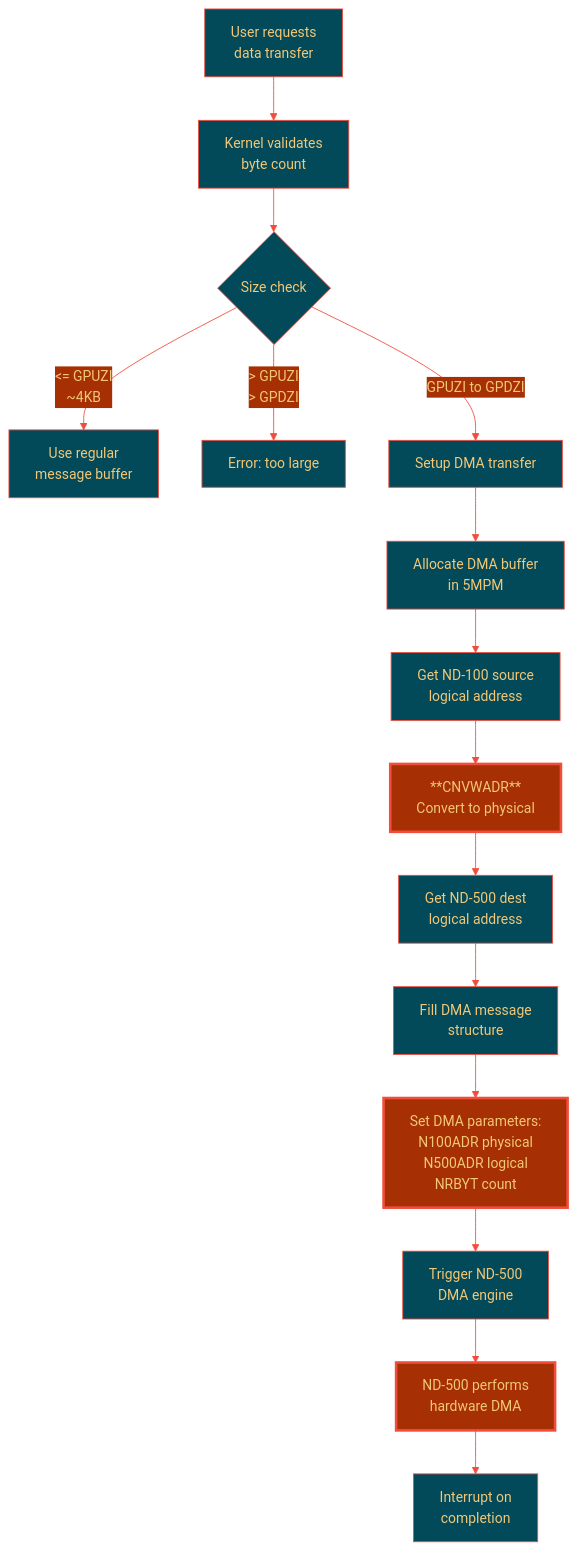
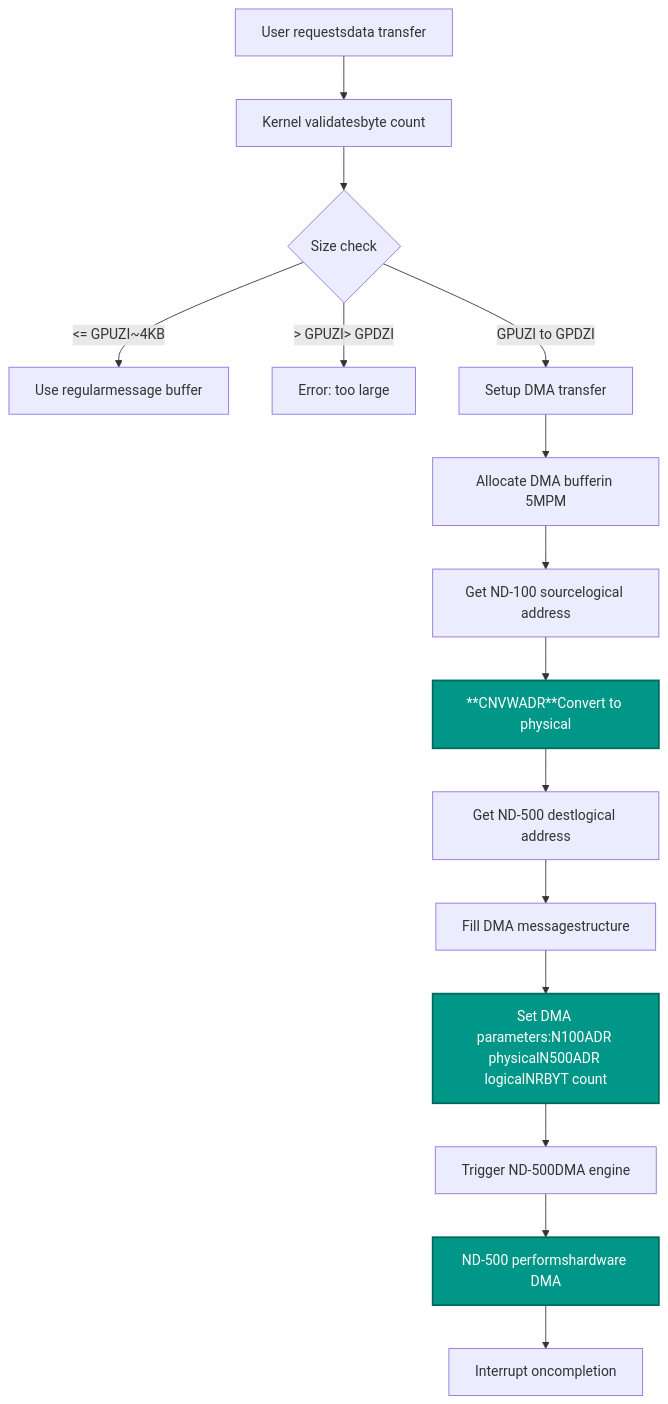
One commit to HackerCorpLabs/NDInsight changed the fourth of 7 diagrams in SINTRAN/OS/05-ND500-DMA-KERNEL.md. Above: the diagram before and after it, drawn with Mermaid. The commit also changed other lines of this file and 19 other files, not shown here.

Commit message:
Updated Mermaid diagrams

````diff
--- a/SINTRAN/OS/05-ND500-DMA-KERNEL.md
+++ b/SINTRAN/OS/05-ND500-DMA-KERNEL.md
@@ -412,23 +409,22 @@
 ```mermaid
-%%{init: {'theme':'base', 'themeVariables': {'primaryColor':'#024959','primaryTextColor':'#F2C777','primaryBorderColor':'#F24C3D','lineColor':'#F24C3D','secondaryColor':'#A62F03','tertiaryColor':'#F2E8C6'}}}%%
 flowchart TD
-    A[User requests<br/>data transfer] --> B[Kernel validates<br/>byte count]
+    A[User requestsdata transfer] --> B[Kernel validatesbyte count]
     B --> C{Size check}
-    C -->|<= GPUZI<br/>~4KB| D[Use regular<br/>message buffer]
-    C -->|> GPUZI<br/>> GPDZI| E[Error: too large]
+    C -->|<= GPUZI~4KB| D[Use regularmessage buffer]
+    C -->|> GPUZI> GPDZI| E[Error: too large]
     C -->|GPUZI to GPDZI| F[Setup DMA transfer]
     
-    F --> G[Allocate DMA buffer<br/>in 5MPM]
-    G --> H[Get ND-100 source<br/>logical address]
-    H --> I[**CNVWADR**<br/>Convert to physical]
-    I --> J[Get ND-500 dest<br/>logical address]
-    J --> K[Fill DMA message<br/>structure]
-    K --> L[Set DMA parameters:<br/>N100ADR physical<br/>N500ADR logical<br/>NRBYT count]
-    L --> M[Trigger ND-500<br/>DMA engine]
-    M --> N[ND-500 performs<br/>hardware DMA]
-    N --> O[Interrupt on<br/>completion]
+    F --> G[Allocate DMA bufferin 5MPM]
+    G --> H[Get ND-100 sourcelogical address]
+    H --> I[**CNVWADR**Convert to physical]
+    I --> J[Get ND-500 destlogical address]
+    J --> K[Fill DMA messagestructure]
+    K --> L[Set DMA parameters:N100ADR physicalN500ADR logicalNRBYT count]
+    L --> M[Trigger ND-500DMA engine]
+    M --> N[ND-500 performshardware DMA]
+    N --> O[Interrupt oncompletion]
     
-    style I fill:#A62F03,stroke:#F24C3D,stroke-width:3px,color:#F2C777
-    style L fill:#A62F03,stroke:#F24C3D,stroke-width:3px,color:#F2C777
-    style N fill:#A62F03,stroke:#F24C3D,stroke-width:3px,color:#F2C777
+    style I fill:#009688,stroke:#00695C,stroke-width:2px,color:#fff
+    style L fill:#009688,stroke:#00695C,stroke-width:2px,color:#fff
+    style N fill:#009688,stroke:#00695C,stroke-width:2px,color:#fff
 ```
````
